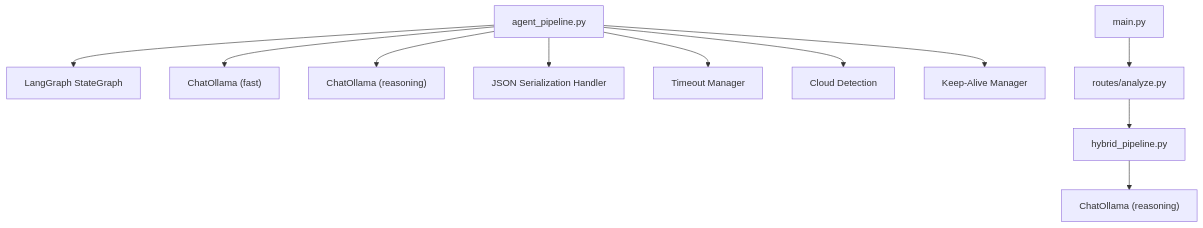
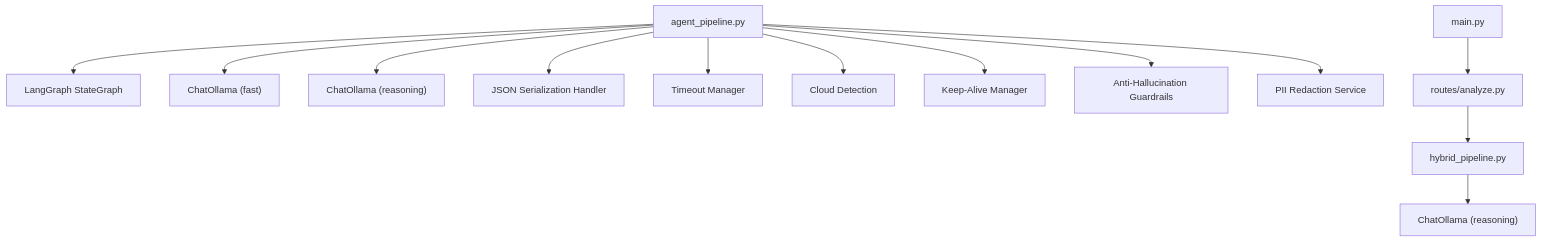
Before and after one commit to Revanththetalogics/aireume: the seventh of 7 diagrams in .qoder/repowiki/en/content/Analysis Engine/Agent Pipeline (LangGraph).md, drawn with Mermaid. The commit also changed other lines of this file and 15 other files, not shown here.

````diff
--- a/.qoder/repowiki/en/content/Analysis Engine/Agent Pipeline (LangGraph).md
+++ b/.qoder/repowiki/en/content/Analysis Engine/Agent Pipeline (LangGraph).md
@@ -454,13 +781,15 @@
 ```mermaid
 graph TB
 AP["agent_pipeline.py"] --> LC["LangGraph StateGraph"]
 AP --> CO["ChatOllama (fast)"]
 AP --> CR["ChatOllama (reasoning)"]
 AP --> JSH["JSON Serialization Handler"]
 AP --> TT["Timeout Manager"]
 AP --> CD["Cloud Detection"]
 AP --> KA["Keep-Alive Manager"]
+AP --> AH["Anti-Hallucination Guardrails"]
+AP --> PII["PII Redaction Service"]
 HP["hybrid_pipeline.py"] --> CO2["ChatOllama (reasoning)"]
 AR["routes/analyze.py"] --> HP
 MS["main.py"] --> AR
 ```
````
